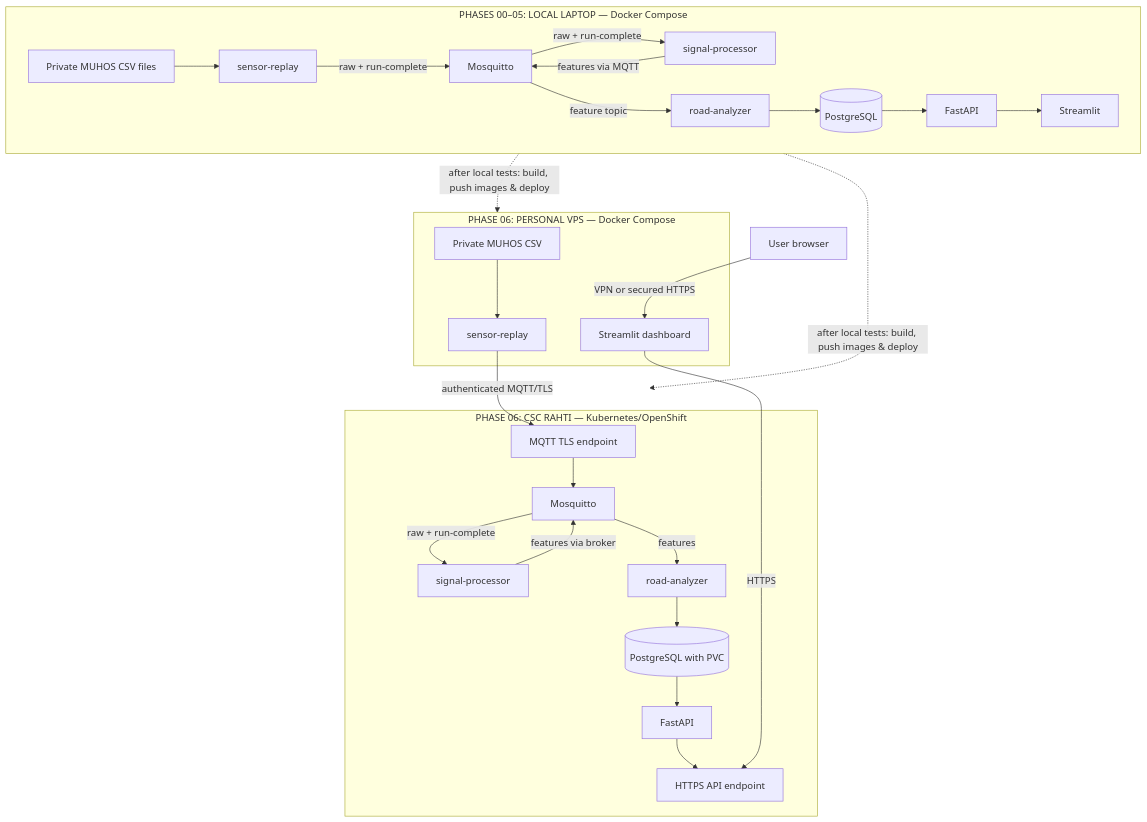
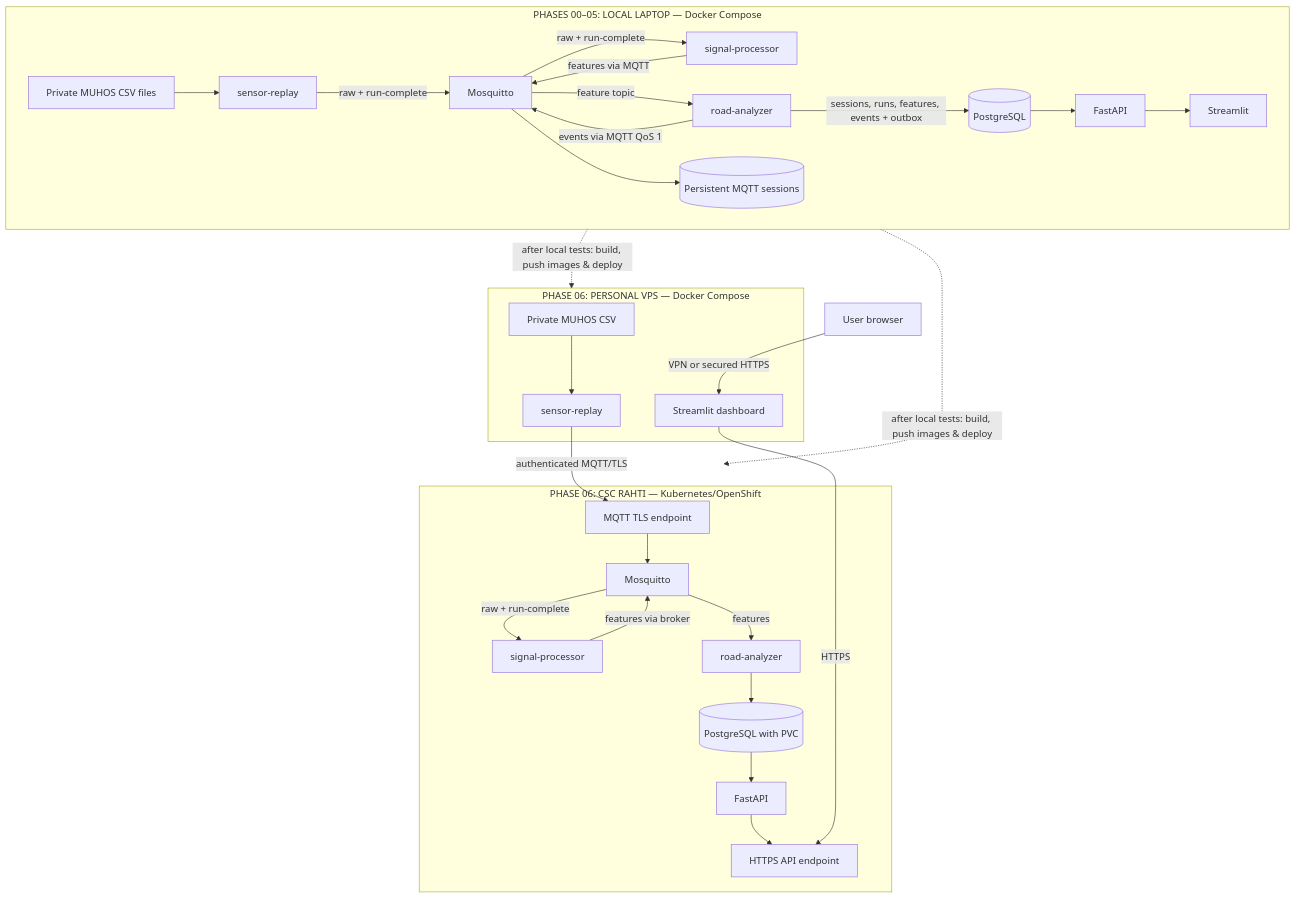
The diagram in architecture/road-sense.mmd (Aliz-f/road-sense), drawn with Mermaid before and after one commit. The commit also changed 25 other files, not shown here.

```diff
--- a/architecture/road-sense.mmd
+++ b/architecture/road-sense.mmd
@@ -1,44 +1,48 @@
 flowchart TB
   subgraph LAPTOP["PHASES 00–05: LOCAL LAPTOP — Docker Compose"]
     LD["Private MUHOS CSV files"]
     LF["sensor-replay"]
     LM["Mosquitto"]
+    LMQ[("Persistent MQTT sessions")]
     LP["signal-processor"]
     LA["road-analyzer"]
     LDB[("PostgreSQL")]
     LAPI["FastAPI"]
     LUI["Streamlit"]
     LD --> LF
     LF -->|"raw + run-complete"| LM
     LM -->|"raw + run-complete"| LP
     LP -->|"features via MQTT"| LM
     LM -->|"feature topic"| LA
-    LA --> LDB --> LAPI --> LUI
+    LM --> LMQ
+    LA -->|"events via MQTT QoS 1"| LM
+    LA -->|"sessions, runs, features, events + outbox"| LDB
+    LDB --> LAPI --> LUI
   end
 
   subgraph VPS["PHASE 06: PERSONAL VPS — Docker Compose"]
     VD["Private MUHOS CSV"]
     VF["sensor-replay"]
     VUI["Streamlit dashboard"]
     VD --> VF
   end
   subgraph RAHTI["PHASE 06: CSC RAHTI — Kubernetes/OpenShift"]
     RMT["MQTT TLS endpoint"]
     RM["Mosquitto"]
     RP["signal-processor"]
     RA["road-analyzer"]
     RDB[("PostgreSQL with PVC")]
     RAPI["FastAPI"]
     RHT["HTTPS API endpoint"]
     RMT --> RM
     RM -->|"raw + run-complete"| RP
     RP -->|"features via broker"| RM
     RM -->|"features"| RA
     RA --> RDB --> RAPI --> RHT
   end
 
   LAPTOP -.->|"after local tests: build, push images & deploy"| VPS
   LAPTOP -.->|"after local tests: build, push images & deploy"| RAHTI
   VF -->|"authenticated MQTT/TLS"| RMT
   VUI -->|"HTTPS"| RHT
   USER["User browser"] -->|"VPN or secured HTTPS"| VUI
```
